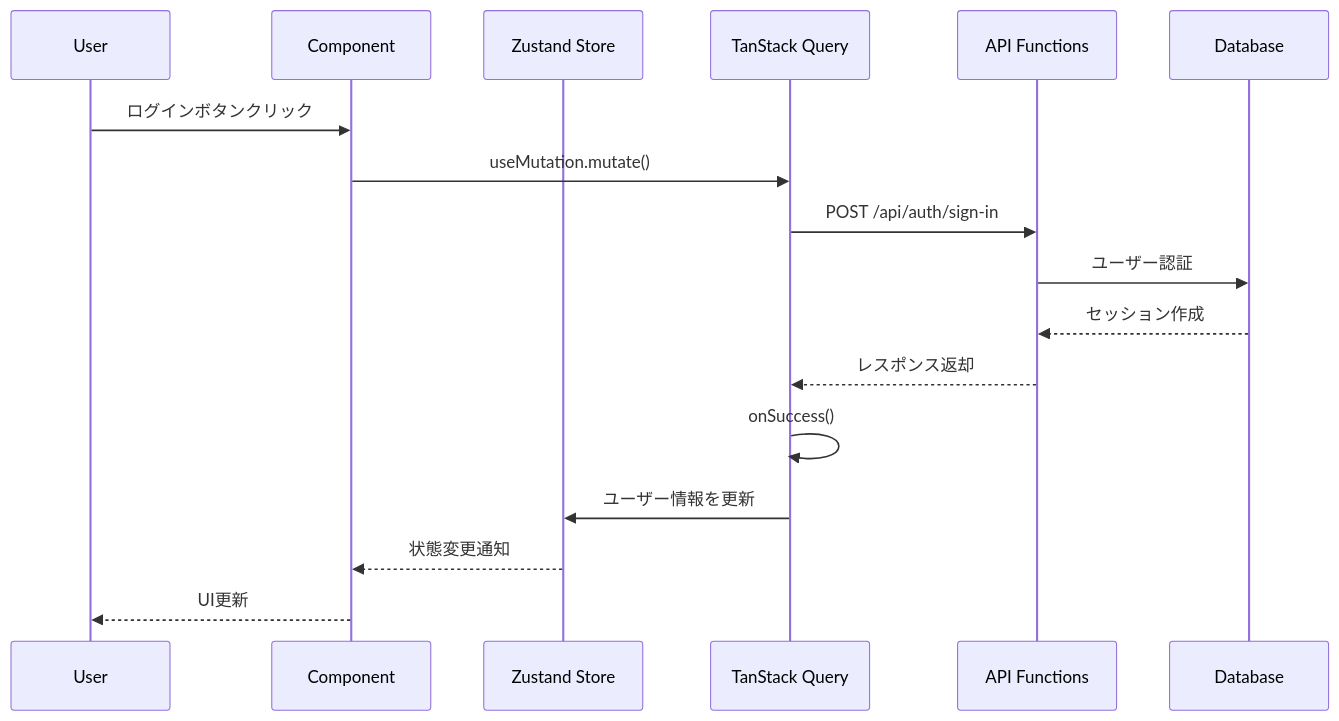
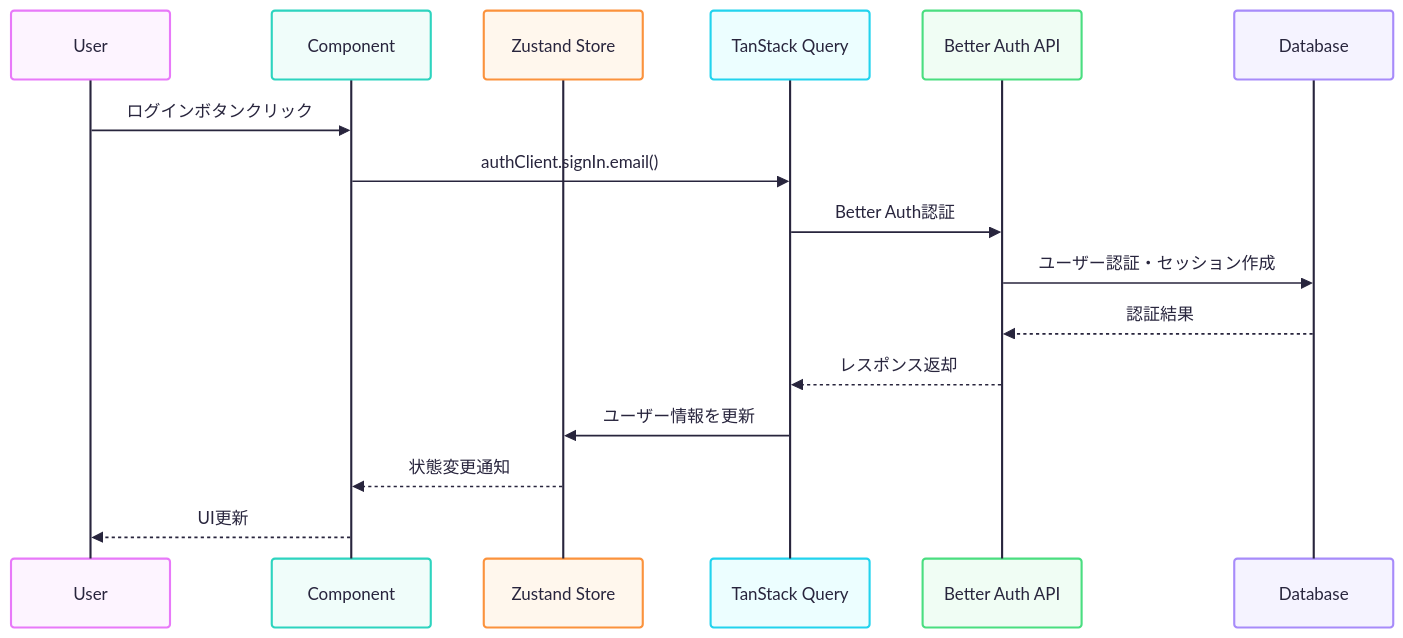
The third of 4 diagrams in README.md (oumelab/demo-react-event-calendar), drawn with Mermaid before and after one commit. The commit also changed other lines of this file and 8 other files, not shown here.

````diff
--- a/README.md
+++ b/README.md
@@ -252,20 +258,23 @@
 ```mermaid
+---
+config:
+  theme: redux-color
+---
 sequenceDiagram
     participant U as User
     participant C as Component
     participant Z as Zustand Store
     participant T as TanStack Query
-    participant A as API Functions
+    participant A as Better Auth API
     participant D as Database
 
     U->>C: ログインボタンクリック
-    C->>T: useMutation.mutate()
-    T->>A: POST /api/auth/sign-in
-    A->>D: ユーザー認証
-    D-->>A: セッション作成
+    C->>T: authClient.signIn.email()
+    T->>A: Better Auth認証
+    A->>D: ユーザー認証・セッション作成
+    D-->>A: 認証結果
     A-->>T: レスポンス返却
-    T->>T: onSuccess()
     T->>Z: ユーザー情報を更新
     Z-->>C: 状態変更通知
     C-->>U: UI更新
 ```
````
